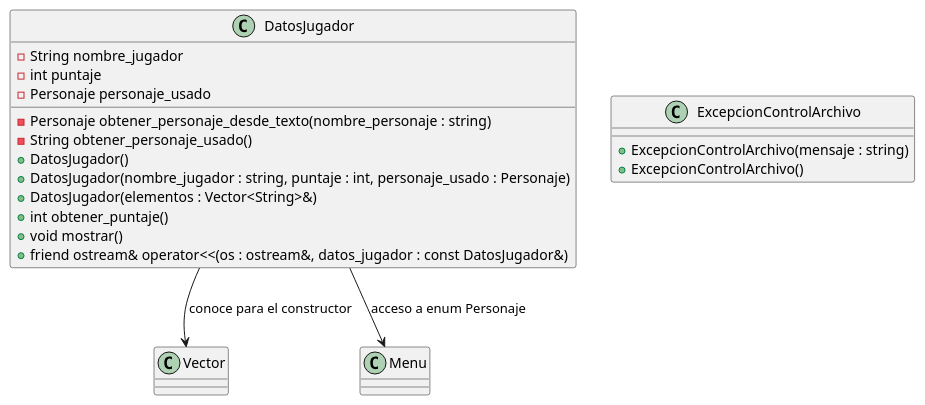
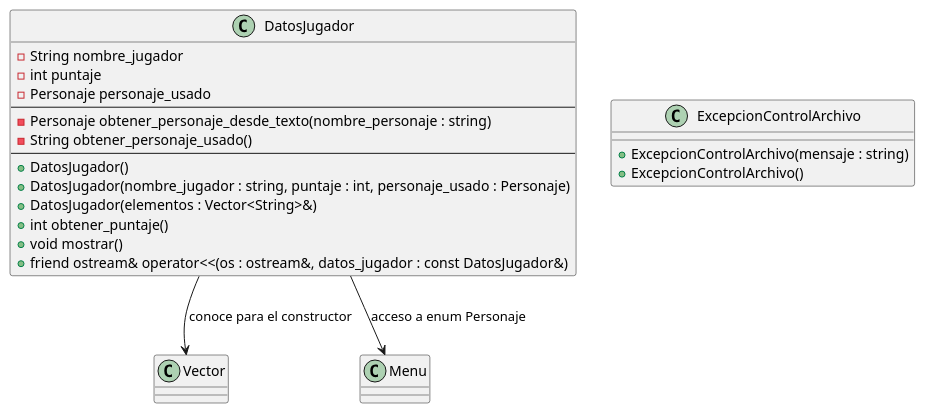
The diagram in Diagramas-UML/DatosJugador.puml (guillsil/Transformers-Game), drawn with PlantUML before and after one commit. The commit also changed 3 other files, not shown here.

Commit message:
Agregando lineas divisoras entre publico privado UML

```diff
--- a/Diagramas-UML/DatosJugador.puml
+++ b/Diagramas-UML/DatosJugador.puml
@@ -1,28 +1,30 @@
 @startuml
 'https://plantuml.com/class-diagram
 class Vector
 class Menu
 
 class ExcepcionControlArchivo {
     + ExcepcionControlArchivo(mensaje : string)
     + ExcepcionControlArchivo()
 }
 
 class DatosJugador{
     - String nombre_jugador
     - int puntaje
     - Personaje personaje_usado
+    ---
     - Personaje obtener_personaje_desde_texto(nombre_personaje : string)
     - String obtener_personaje_usado()
+    ---
     + DatosJugador()
     + DatosJugador(nombre_jugador : string, puntaje : int, personaje_usado : Personaje)
     + DatosJugador(elementos : Vector<String>&)
     + int obtener_puntaje()
     + void mostrar()
     + friend ostream& operator<<(os : ostream&, datos_jugador : const DatosJugador&)
 }
 
 ' Relaciones
 DatosJugador --> Vector : "conoce para el constructor"
 DatosJugador --> Menu : "acceso a enum Personaje"
 @enduml
```
